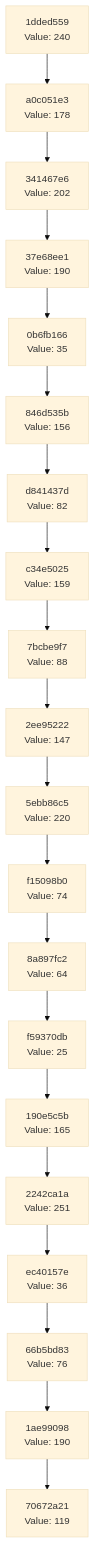
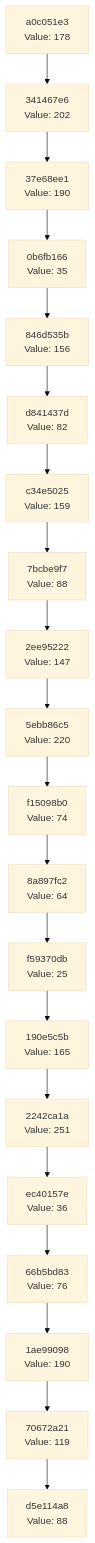
The diagram in docs/CHAIN_VISUALIZATION.md (Abhisheksinha1506/hash-chain-evolver), drawn with Mermaid (base theme) before and after one commit. The commit also changed 3 other files, not shown here.

````diff
--- a/docs/CHAIN_VISUALIZATION.md
+++ b/docs/CHAIN_VISUALIZATION.md
@@ -3,42 +3,42 @@
 ```mermaid
 graph TD
-    C0["70672a21<br/>Value: 119"]
-    C1["1ae99098<br/>Value: 190"]
+    C0["d5e114a8<br/>Value: 88"]
+    C1["70672a21<br/>Value: 119"]
     C1 --> C0
-    C2["66b5bd83<br/>Value: 76"]
+    C2["1ae99098<br/>Value: 190"]
     C2 --> C1
-    C3["ec40157e<br/>Value: 36"]
+    C3["66b5bd83<br/>Value: 76"]
     C3 --> C2
-    C4["2242ca1a<br/>Value: 251"]
+    C4["ec40157e<br/>Value: 36"]
     C4 --> C3
-    C5["190e5c5b<br/>Value: 165"]
+    C5["2242ca1a<br/>Value: 251"]
     C5 --> C4
-    C6["f59370db<br/>Value: 25"]
+    C6["190e5c5b<br/>Value: 165"]
     C6 --> C5
-    C7["8a897fc2<br/>Value: 64"]
+    C7["f59370db<br/>Value: 25"]
     C7 --> C6
-    C8["f15098b0<br/>Value: 74"]
+    C8["8a897fc2<br/>Value: 64"]
     C8 --> C7
-    C9["5ebb86c5<br/>Value: 220"]
+    C9["f15098b0<br/>Value: 74"]
     C9 --> C8
-    C10["2ee95222<br/>Value: 147"]
+    C10["5ebb86c5<br/>Value: 220"]
     C10 --> C9
-    C11["7bcbe9f7<br/>Value: 88"]
+    C11["2ee95222<br/>Value: 147"]
     C11 --> C10
-    C12["c34e5025<br/>Value: 159"]
+    C12["7bcbe9f7<br/>Value: 88"]
     C12 --> C11
-    C13["d841437d<br/>Value: 82"]
+    C13["c34e5025<br/>Value: 159"]
     C13 --> C12
-    C14["846d535b<br/>Value: 156"]
+    C14["d841437d<br/>Value: 82"]
     C14 --> C13
-    C15["0b6fb166<br/>Value: 35"]
+    C15["846d535b<br/>Value: 156"]
     C15 --> C14
-    C16["37e68ee1<br/>Value: 190"]
+    C16["0b6fb166<br/>Value: 35"]
     C16 --> C15
-    C17["341467e6<br/>Value: 202"]
+    C17["37e68ee1<br/>Value: 190"]
     C17 --> C16
-    C18["a0c051e3<br/>Value: 178"]
+    C18["341467e6<br/>Value: 202"]
     C18 --> C17
-    C19["1dded559<br/>Value: 240"]
+    C19["a0c051e3<br/>Value: 178"]
     C19 --> C18
 ```
````
